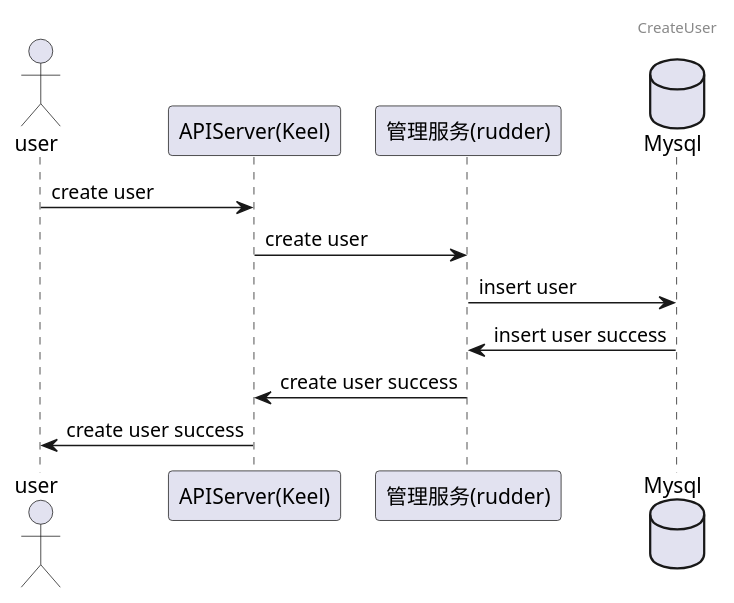
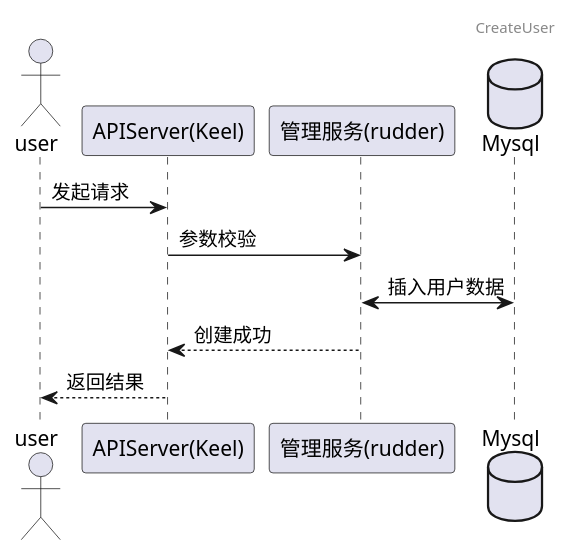
One commit to tkeel-io/docs changed the fifth of 10 diagrams in docs/api/appendix/plantuml/user-manager-tenant.md. Above: the diagram before and after it, drawn with PlantUML. The commit also changed other lines of this file and 2 other files, not shown here.

````diff
--- a/docs/api/appendix/plantuml/user-manager-tenant.md
+++ b/docs/api/appendix/plantuml/user-manager-tenant.md
@@ -85,14 +83,15 @@
 ```plantuml
-
+@startuml
 header CreateUser
 actor user
 participant "APIServer(Keel)"  as keel
 participant "管理服务(rudder)" as TenantService
 database Mysql
-user->keel: create user
-keel->TenantService: create user
-TenantService->Mysql: insert user
-Mysql->TenantService: insert user success
-TenantService->keel:create user success
-keel->user:create user success
+user->keel: 发起请求
+keel->TenantService: 参数校验
+TenantService<->Mysql: 插入用户数据
+TenantService-->keel:创建成功
+keel-->user:返回结果
+@enduml
+
 ```
````
